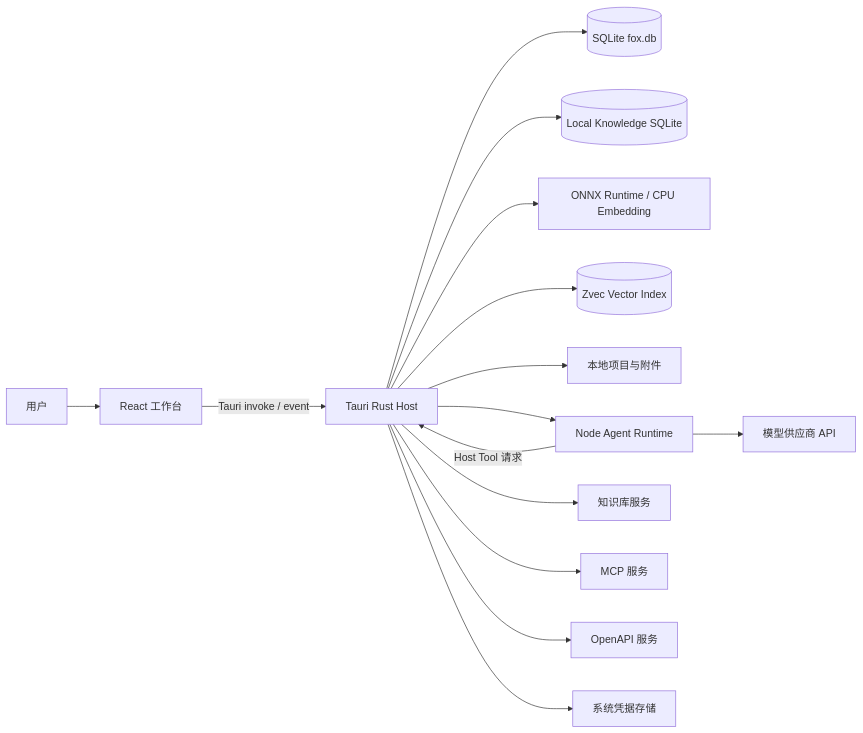
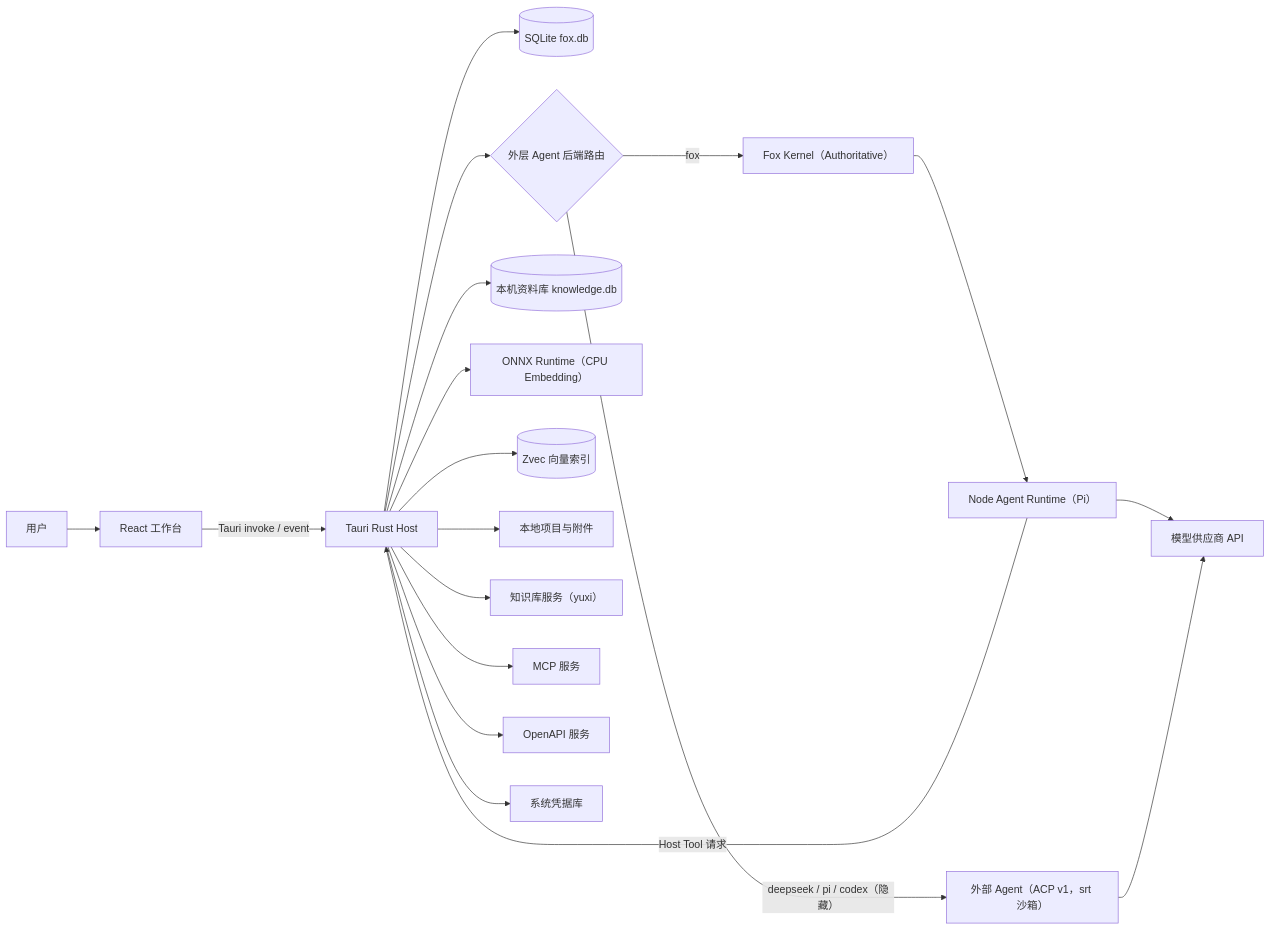
One commit to Hry1729/Fox-Agent changed the first of 3 diagrams in docs/01-项目概览/系统概览.md. Above: the diagram before and after it, drawn with Mermaid. The commit also changed other lines of this file, not shown here.

Commit message:
docs: 系统概览 对齐四 Agent、v97 与当前代码 [skip ci]

````diff
--- a/docs/01-项目概览/系统概览.md
+++ b/docs/01-项目概览/系统概览.md
@@ -14,17 +16,21 @@
 ```mermaid
 flowchart LR
   User["用户"] --> UI["React 工作台"]
   UI -->|"Tauri invoke / event"| Host["Tauri Rust Host"]
   Host --> DB[("SQLite fox.db")]
-  Host --> LocalKnowledge[("Local Knowledge SQLite")]
-  Host --> ONNX["ONNX Runtime / CPU Embedding"]
-  Host --> Zvec[("Zvec Vector Index")]
-  Host --> Files["本地项目与附件"]
-  Host --> Runtime["Node Agent Runtime"]
+  Host --> Router{"外层 Agent 后端路由"}
+  Router -->|"fox"| Kernel["Fox Kernel（Authoritative）"]
+  Kernel --> Runtime["Node Agent Runtime（Pi）"]
   Runtime --> Model["模型供应商 API"]
   Runtime -->|"Host Tool 请求"| Host
-  Host --> Knowledge["知识库服务"]
+  Router -->|"deepseek / pi / codex（隐藏）"| Ext["外部 Agent（ACP v1，srt 沙箱）"]
+  Ext --> Model
+  Host --> LocalKnowledge[("本机资料库 knowledge.db")]
+  Host --> ONNX["ONNX Runtime（CPU Embedding）"]
+  Host --> Zvec[("Zvec 向量索引")]
+  Host --> Files["本地项目与附件"]
+  Host --> Knowledge["知识库服务（yuxi）"]
   Host --> MCP["MCP 服务"]
   Host --> OpenAPI["OpenAPI 服务"]
-  Host --> Keyring["系统凭据存储"]
+  Host --> Keyring["系统凭据库"]
 ```
````
